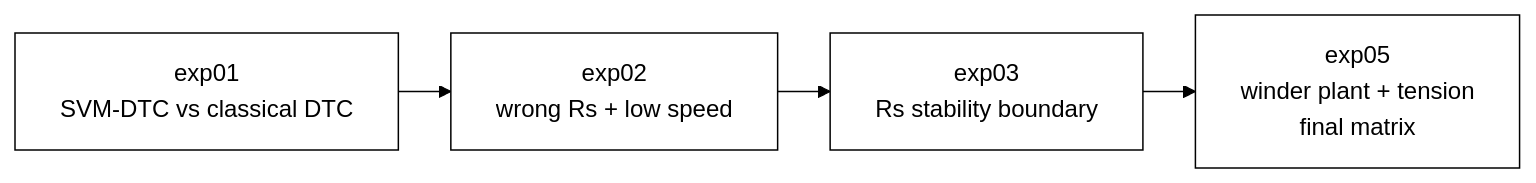
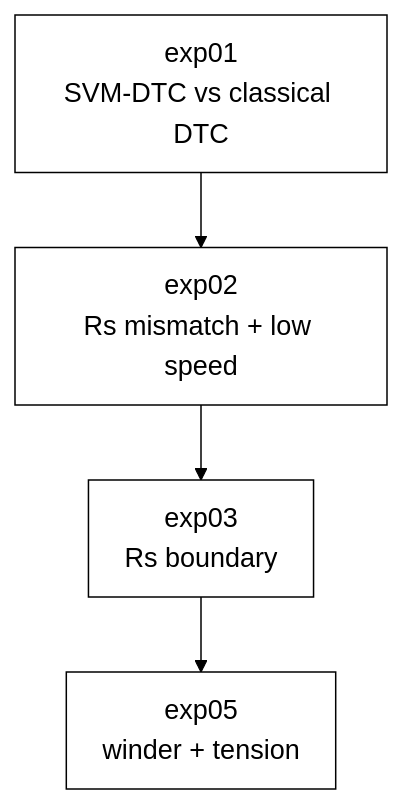
Before and after one commit to kunalkushwahatg/Direct-torque-control-of-PMSM-motor: the diagram in experiments/README.md, drawn with Mermaid. The commit also changed 5 other files, not shown here.

Commit message:
Simplify and enlarge all remaining block diagrams

````diff
--- a/experiments/README.md
+++ b/experiments/README.md
@@ -9,7 +9,7 @@
 ```mermaid
-%%{init: {'theme': 'base', 'themeVariables': {'primaryColor': '#ffffff', 'primaryTextColor': '#000000', 'primaryBorderColor': '#000000', 'lineColor': '#000000', 'secondaryColor': '#ffffff', 'tertiaryColor': '#ffffff', 'fontFamily': 'Helvetica, Arial, sans-serif'}, 'flowchart': {'curve': 'linear', 'nodeSpacing': 28, 'rankSpacing': 35}, 'themeCSS': '.node rect, .node circle, .node ellipse, .node polygon, .node path { filter: none !important; stroke-width: 1px !important; } .cluster rect { filter: none !important; } .edgePath path { filter: none !important; stroke-width: 1px !important; }'}}%%
-flowchart LR
-    E1["exp01<br/>SVM-DTC vs classical DTC"] --> E2["exp02<br/>wrong Rs + low speed"]
-    E2 --> E3["exp03<br/>Rs stability boundary"]
-    E3 --> E5["exp05<br/>winder plant + tension<br/>final matrix"]
+%%{init: {'theme': 'base', 'themeVariables': {'primaryColor': '#ffffff', 'primaryTextColor': '#000000', 'primaryBorderColor': '#000000', 'lineColor': '#000000', 'secondaryColor': '#ffffff', 'tertiaryColor': '#ffffff', 'fontFamily': 'Arial, Helvetica, sans-serif', 'fontSize': '18px'}, 'flowchart': {'curve': 'linear', 'nodeSpacing': 40, 'rankSpacing': 50, 'padding': 12}, 'themeCSS': '.node rect, .node circle, .node ellipse, .node polygon, .node path { filter: none !important; stroke-width: 1.5px !important; } .cluster rect { filter: none !important; } .edgePath path { filter: none !important; stroke-width: 1.5px !important; } .nodeLabel { font-size: 18px !important; } .edgeLabel { font-size: 16px !important; }'}}%%
+flowchart TB
+    E1["exp01<br/>SVM-DTC vs classical DTC"] --> E2["exp02<br/>Rs mismatch + low speed"]
+    E2 --> E3["exp03<br/>Rs boundary"]
+    E3 --> E5["exp05<br/>winder + tension"]
 ```
````
